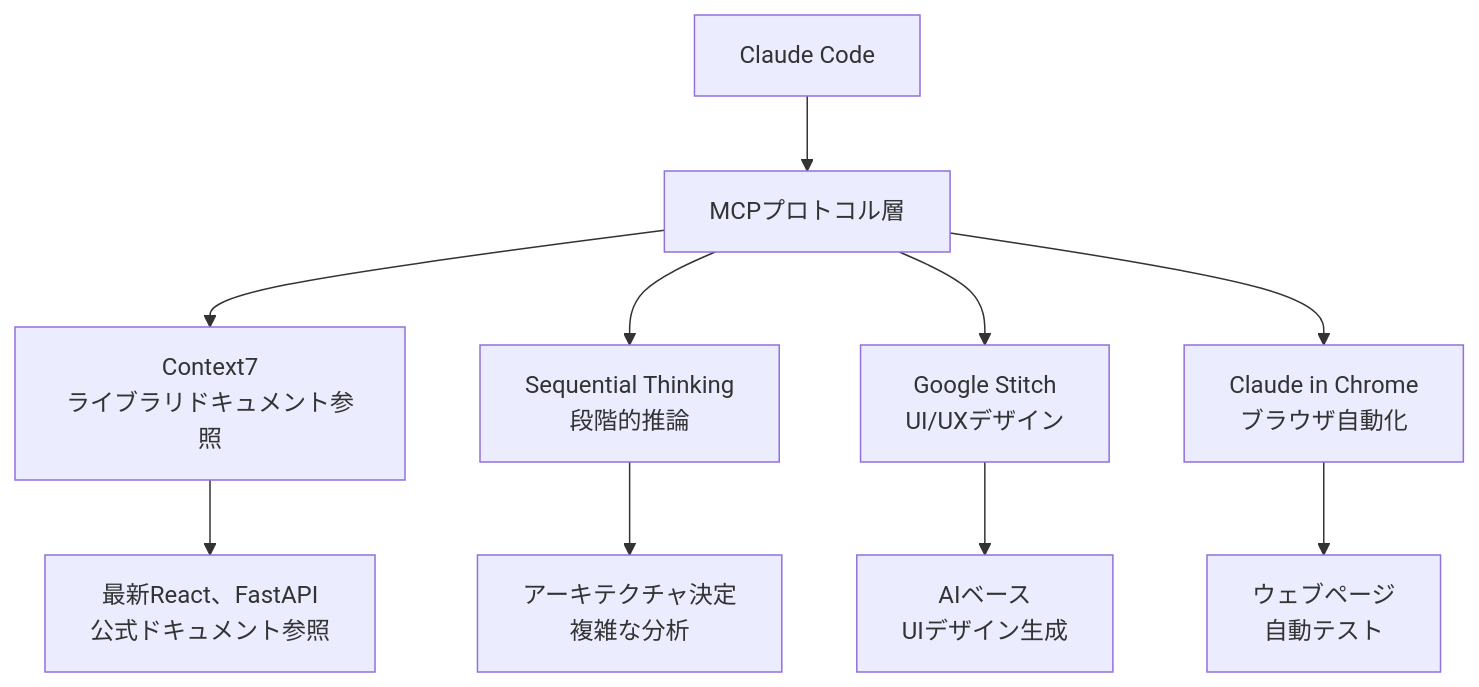
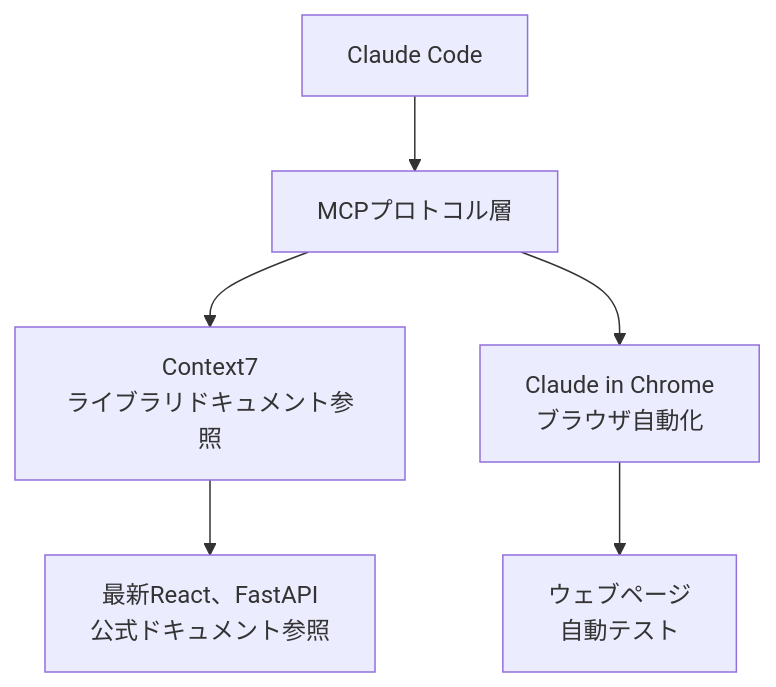
One commit to modu-ai/moai-adk changed the diagram in docs-site/content/ja/advanced/mcp-servers.md. Above: the diagram before and after it, drawn with Mermaid. The commit also changed other lines of this file and 153 other files, not shown here.

````diff
--- a/docs-site/content/ja/advanced/mcp-servers.md
+++ b/docs-site/content/ja/advanced/mcp-servers.md
@@ -19,14 +19,10 @@
 ```mermaid
 flowchart TD
     CC["Claude Code"] --> MCP_LAYER["MCPプロトコル層"]
 
     MCP_LAYER --> C7["Context7<br/>ライブラリドキュメント参照"]
-    MCP_LAYER --> ST["Sequential Thinking<br/>段階的推論"]
-    MCP_LAYER --> STITCH["Google Stitch<br/>UI/UXデザイン"]
     MCP_LAYER --> CHROME["Claude in Chrome<br/>ブラウザ自動化"]
 
     C7 --> C7_OUT["最新React、FastAPI<br/>公式ドキュメント参照"]
-    ST --> ST_OUT["アーキテクチャ決定<br/>複雑な分析"]
-    STITCH --> STITCH_OUT["AIベース<br/>UIデザイン生成"]
     CHROME --> CHROME_OUT["ウェブページ<br/>自動テスト"]
 ```
````
